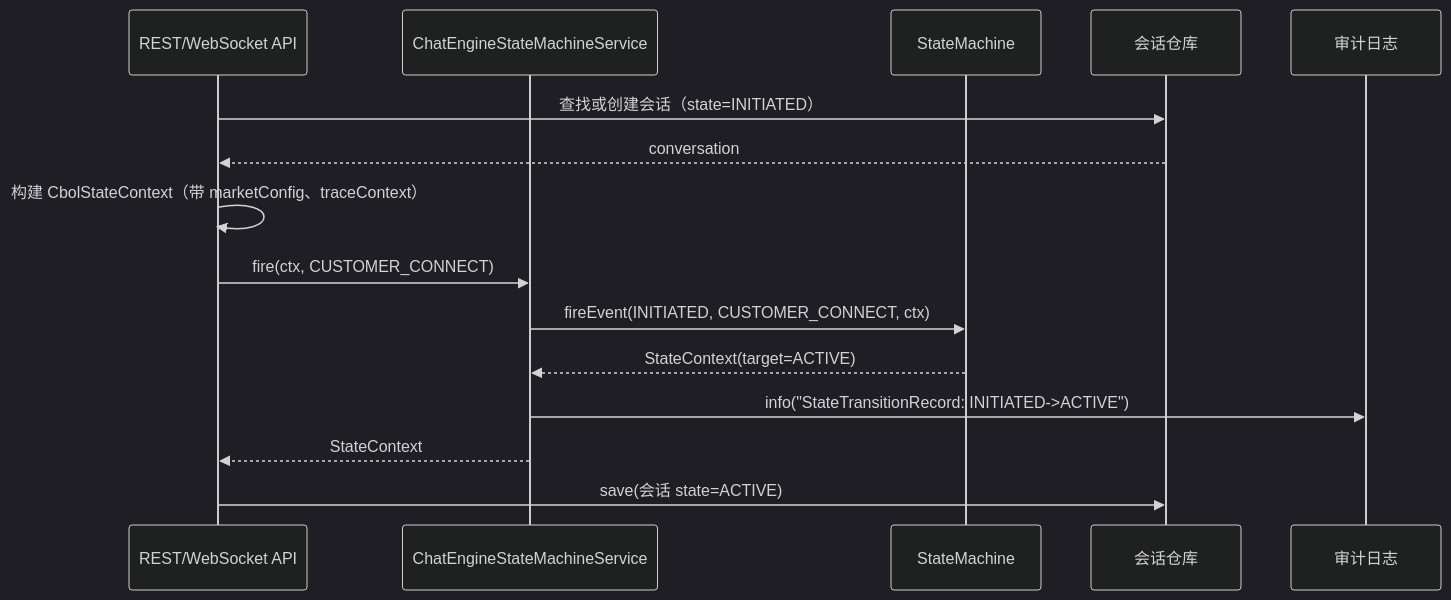
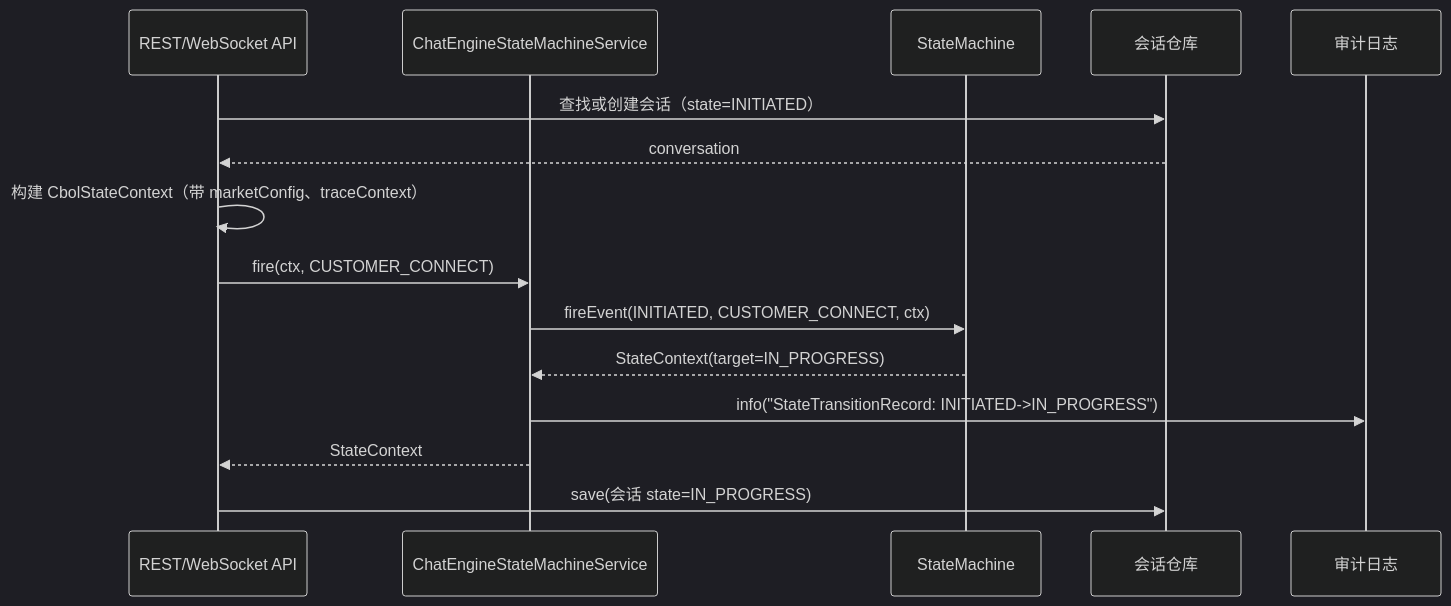
One commit to huangzhiqiu/ai-knowledge-design changed the fourth of 5 diagrams in 08-Code/state-machine/docs/zh/02-CBOL-Business-Layer-Design.md. Above: the diagram before and after it, drawn with Mermaid (dark theme). The commit also changed other lines of this file and 23 other files, not shown here.

````diff
--- a/08-Code/state-machine/docs/zh/02-CBOL-Business-Layer-Design.md
+++ b/08-Code/state-machine/docs/zh/02-CBOL-Business-Layer-Design.md
@@ -474,18 +474,18 @@
 ```mermaid
 sequenceDiagram
     participant API as REST/WebSocket API
     participant Svc as ChatEngineStateMachineService
     participant SM as StateMachine
     participant Repo as 会话仓库
     participant Log as 审计日志
 
     API->>Repo: 查找或创建会话（state=INITIATED）
     Repo-->>API: conversation
     API->>API: 构建 CbolStateContext（带 marketConfig、traceContext）
     API->>Svc: fire(ctx, CUSTOMER_CONNECT)
     Svc->>SM: fireEvent(INITIATED, CUSTOMER_CONNECT, ctx)
-    SM-->>Svc: StateContext(target=ACTIVE)
-    Svc->>Log: info("StateTransitionRecord: INITIATED->ACTIVE")
+    SM-->>Svc: StateContext(target=IN_PROGRESS)
+    Svc->>Log: info("StateTransitionRecord: INITIATED->IN_PROGRESS")
     Svc-->>API: StateContext
-    API->>Repo: save(会话 state=ACTIVE)
+    API->>Repo: save(会话 state=IN_PROGRESS)
 ```
````
